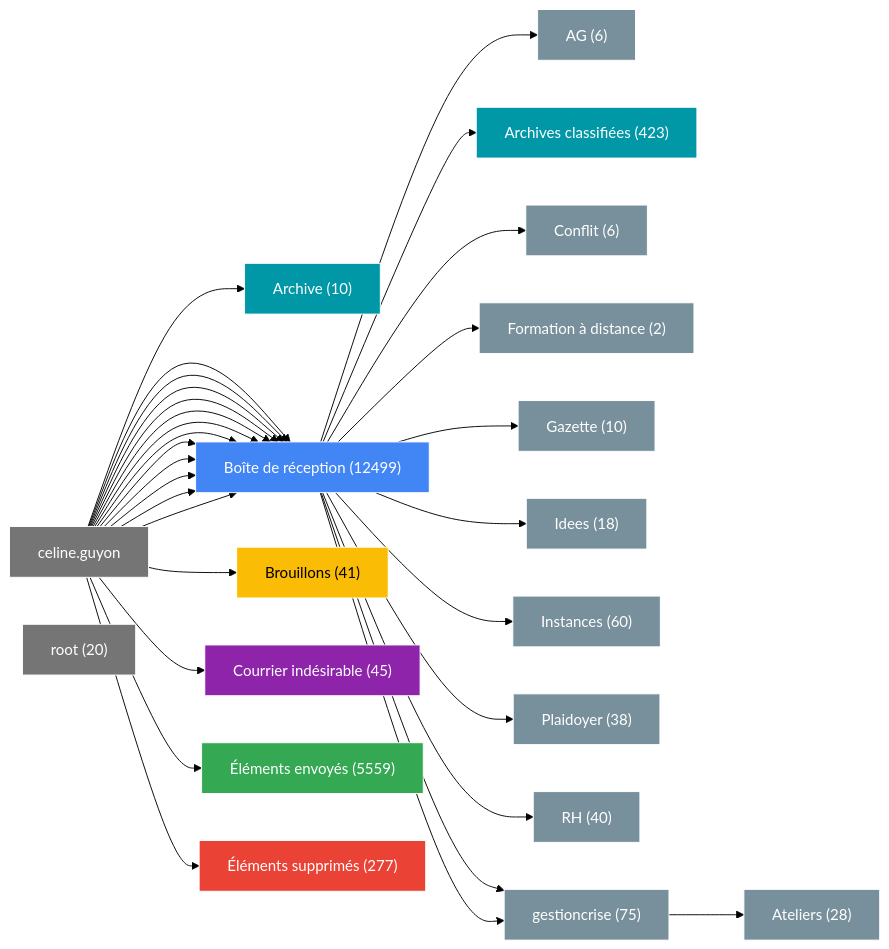
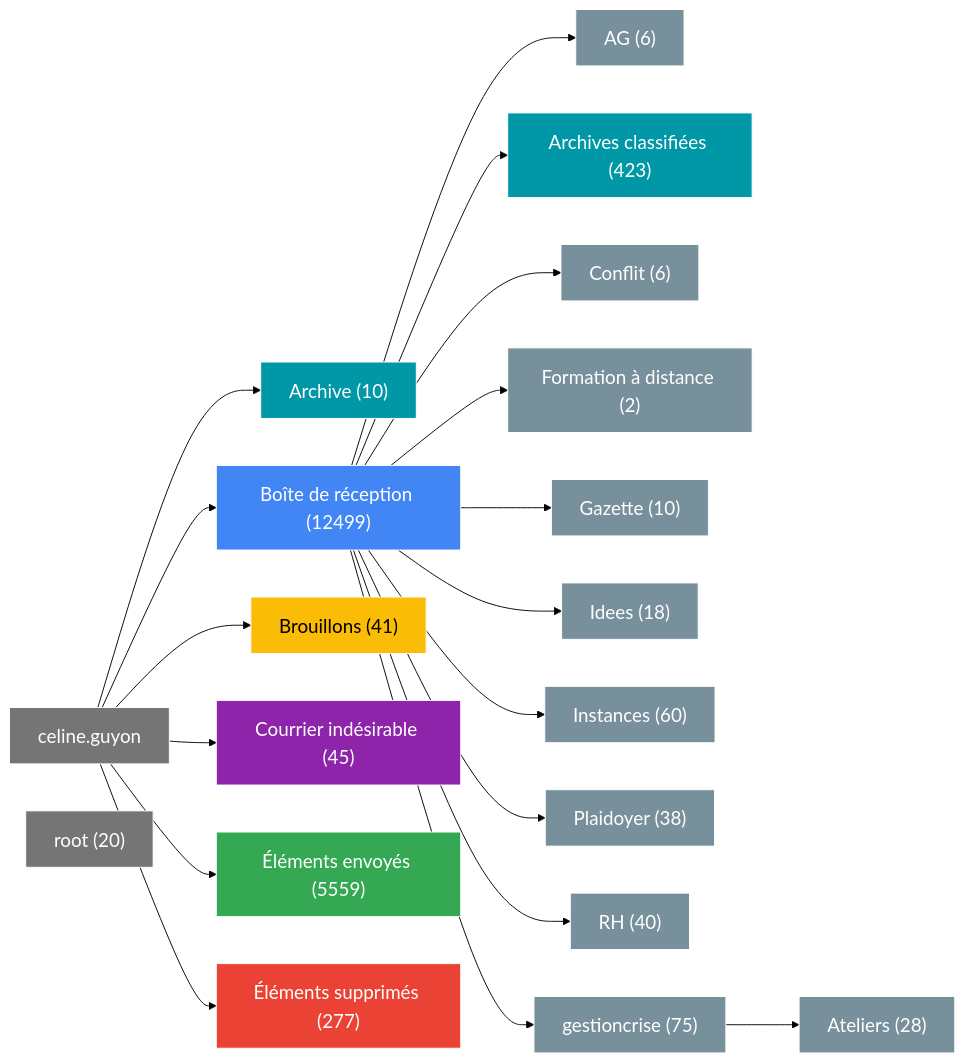
Before and after one commit to Olkoa/ArchivingEmail: the diagram in data/Projects/Projet Demo/mail_folder_structure.mermaid, drawn with Mermaid (forest theme). The commit also changed 2 other files, not shown here.

```diff
--- a/data/Projects/Projet Demo/mail_folder_structure.mermaid
+++ b/data/Projects/Projet Demo/mail_folder_structure.mermaid
@@ -1,79 +1,67 @@
 graph LR
-    classDef inbox fill:#4285F4,color:white,stroke:#fff,stroke-width:1px,font-size:16px
-    classDef sent fill:#34A853,color:white,stroke:#fff,stroke-width:1px,font-size:16px
-    classDef trash fill:#EA4335,color:white,stroke:#fff,stroke-width:1px,font-size:16px
-    classDef spam fill:#8E24AA,color:white,stroke:#fff,stroke-width:1px,font-size:16px
-    classDef drafts fill:#FBBC05,color:black,stroke:#fff,stroke-width:1px,font-size:16px
-    classDef archive fill:#0097A7,color:white,stroke:#fff,stroke-width:1px,font-size:16px
-    classDef root fill:#757575,color:white,stroke:#fff,stroke-width:1px,font-size:16px
-    classDef subFolder fill:#78909C,color:white,stroke:#fff,stroke-width:1px,font-size:16px
+    classDef inbox fill:#4285F4,color:white,stroke:#fff,stroke-width:1px,font-size:20px
+    classDef sent fill:#34A853,color:white,stroke:#fff,stroke-width:1px,font-size:20px
+    classDef trash fill:#EA4335,color:white,stroke:#fff,stroke-width:1px,font-size:20px
+    classDef spam fill:#8E24AA,color:white,stroke:#fff,stroke-width:1px,font-size:20px
+    classDef drafts fill:#FBBC05,color:black,stroke:#fff,stroke-width:1px,font-size:20px
+    classDef archive fill:#0097A7,color:white,stroke:#fff,stroke-width:1px,font-size:20px
+    classDef root fill:#757575,color:white,stroke:#fff,stroke-width:1px,font-size:20px
+    classDef subFolder fill:#78909C,color:white,stroke:#fff,stroke-width:1px,font-size:20px
 
     celine.guyon["celine.guyon"]
     celine.guyon_Archive["Archive (10)"]
     celine.guyon_Boite_de_reception["Boîte de réception (12499)"]
     celine.guyon_Boite_de_reception_AG["AG (6)"]
     celine.guyon_Boite_de_reception_Archives_classifiees["Archives classifiées (423)"]
     celine.guyon_Boite_de_reception_Conflit["Conflit (6)"]
     celine.guyon_Boite_de_reception_Formation_a_distance["Formation à distance (2)"]
     celine.guyon_Boite_de_reception_Gazette["Gazette (10)"]
     celine.guyon_Boite_de_reception_Idees["Idees (18)"]
     celine.guyon_Boite_de_reception_Instances["Instances (60)"]
     celine.guyon_Boite_de_reception_Plaidoyer["Plaidoyer (38)"]
     celine.guyon_Boite_de_reception_RH["RH (40)"]
     celine.guyon_Boite_de_reception_gestioncrise["gestioncrise (75)"]
     celine.guyon_Boite_de_reception_gestioncrise_Ateliers["Ateliers (28)"]
     celine.guyon_Brouillons["Brouillons (41)"]
     celine.guyon_Courrier_indesirable["Courrier indésirable (45)"]
     celine.guyon_Élements_envoyes["Éléments envoyés (5559)"]
     celine.guyon_Élements_supprimes["Éléments supprimés (277)"]
     root["root (20)"]
 
     celine.guyon --> celine.guyon_Archive
     celine.guyon --> celine.guyon_Boite_de_reception
-    celine.guyon --> celine.guyon_Boite_de_reception
-    celine.guyon_Boite_de_reception --> celine.guyon_Boite_de_reception_AG
-    celine.guyon --> celine.guyon_Boite_de_reception
-    celine.guyon_Boite_de_reception --> celine.guyon_Boite_de_reception_Archives_classifiees
-    celine.guyon --> celine.guyon_Boite_de_reception
-    celine.guyon_Boite_de_reception --> celine.guyon_Boite_de_reception_Conflit
-    celine.guyon --> celine.guyon_Boite_de_reception
-    celine.guyon_Boite_de_reception --> celine.guyon_Boite_de_reception_Formation_a_distance
-    celine.guyon --> celine.guyon_Boite_de_reception
-    celine.guyon_Boite_de_reception --> celine.guyon_Boite_de_reception_Gazette
-    celine.guyon --> celine.guyon_Boite_de_reception
-    celine.guyon_Boite_de_reception --> celine.guyon_Boite_de_reception_Idees
-    celine.guyon --> celine.guyon_Boite_de_reception
-    celine.guyon_Boite_de_reception --> celine.guyon_Boite_de_reception_Instances
-    celine.guyon --> celine.guyon_Boite_de_reception
-    celine.guyon_Boite_de_reception --> celine.guyon_Boite_de_reception_Plaidoyer
-    celine.guyon --> celine.guyon_Boite_de_reception
-    celine.guyon_Boite_de_reception --> celine.guyon_Boite_de_reception_RH
-    celine.guyon --> celine.guyon_Boite_de_reception
-    celine.guyon_Boite_de_reception --> celine.guyon_Boite_de_reception_gestioncrise
-    celine.guyon --> celine.guyon_Boite_de_reception
-    celine.guyon_Boite_de_reception --> celine.guyon_Boite_de_reception_gestioncrise
-    celine.guyon_Boite_de_reception_gestioncrise --> celine.guyon_Boite_de_reception_gestioncrise_Ateliers
     celine.guyon --> celine.guyon_Brouillons
     celine.guyon --> celine.guyon_Courrier_indesirable
     celine.guyon --> celine.guyon_Élements_envoyes
     celine.guyon --> celine.guyon_Élements_supprimes
+    celine.guyon_Boite_de_reception --> celine.guyon_Boite_de_reception_AG
+    celine.guyon_Boite_de_reception --> celine.guyon_Boite_de_reception_Archives_classifiees
+    celine.guyon_Boite_de_reception --> celine.guyon_Boite_de_reception_Conflit
+    celine.guyon_Boite_de_reception --> celine.guyon_Boite_de_reception_Formation_a_distance
+    celine.guyon_Boite_de_reception --> celine.guyon_Boite_de_reception_Gazette
+    celine.guyon_Boite_de_reception --> celine.guyon_Boite_de_reception_Idees
+    celine.guyon_Boite_de_reception --> celine.guyon_Boite_de_reception_Instances
+    celine.guyon_Boite_de_reception --> celine.guyon_Boite_de_reception_Plaidoyer
+    celine.guyon_Boite_de_reception --> celine.guyon_Boite_de_reception_RH
+    celine.guyon_Boite_de_reception --> celine.guyon_Boite_de_reception_gestioncrise
+    celine.guyon_Boite_de_reception_gestioncrise --> celine.guyon_Boite_de_reception_gestioncrise_Ateliers
 
     celine.guyon:::root
     celine.guyon_Archive:::archive
     celine.guyon_Boite_de_reception:::inbox
     celine.guyon_Boite_de_reception_AG:::subFolder
     celine.guyon_Boite_de_reception_Archives_classifiees:::archive
     celine.guyon_Boite_de_reception_Conflit:::subFolder
     celine.guyon_Boite_de_reception_Formation_a_distance:::subFolder
     celine.guyon_Boite_de_reception_Gazette:::subFolder
     celine.guyon_Boite_de_reception_Idees:::subFolder
     celine.guyon_Boite_de_reception_Instances:::subFolder
     celine.guyon_Boite_de_reception_Plaidoyer:::subFolder
     celine.guyon_Boite_de_reception_RH:::subFolder
     celine.guyon_Boite_de_reception_gestioncrise:::subFolder
     celine.guyon_Boite_de_reception_gestioncrise_Ateliers:::subFolder
     celine.guyon_Brouillons:::drafts
     celine.guyon_Courrier_indesirable:::spam
     celine.guyon_Élements_envoyes:::sent
     celine.guyon_Élements_supprimes:::trash
     root:::root
```
